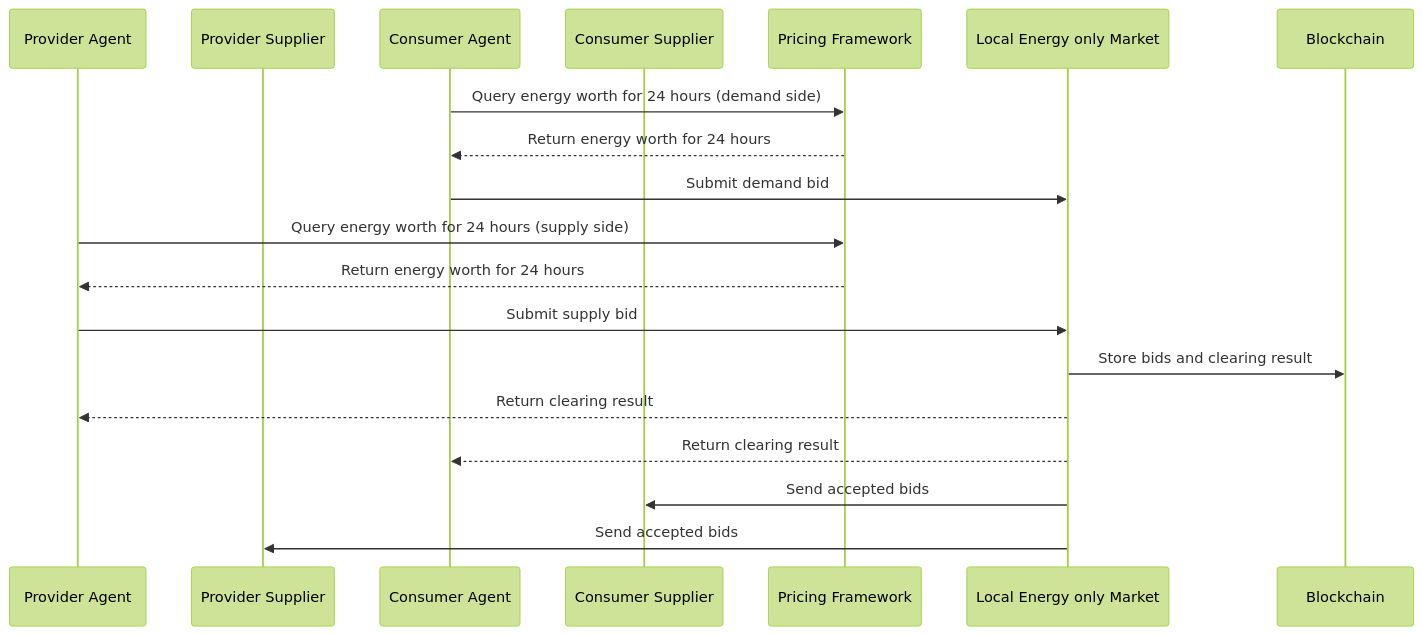
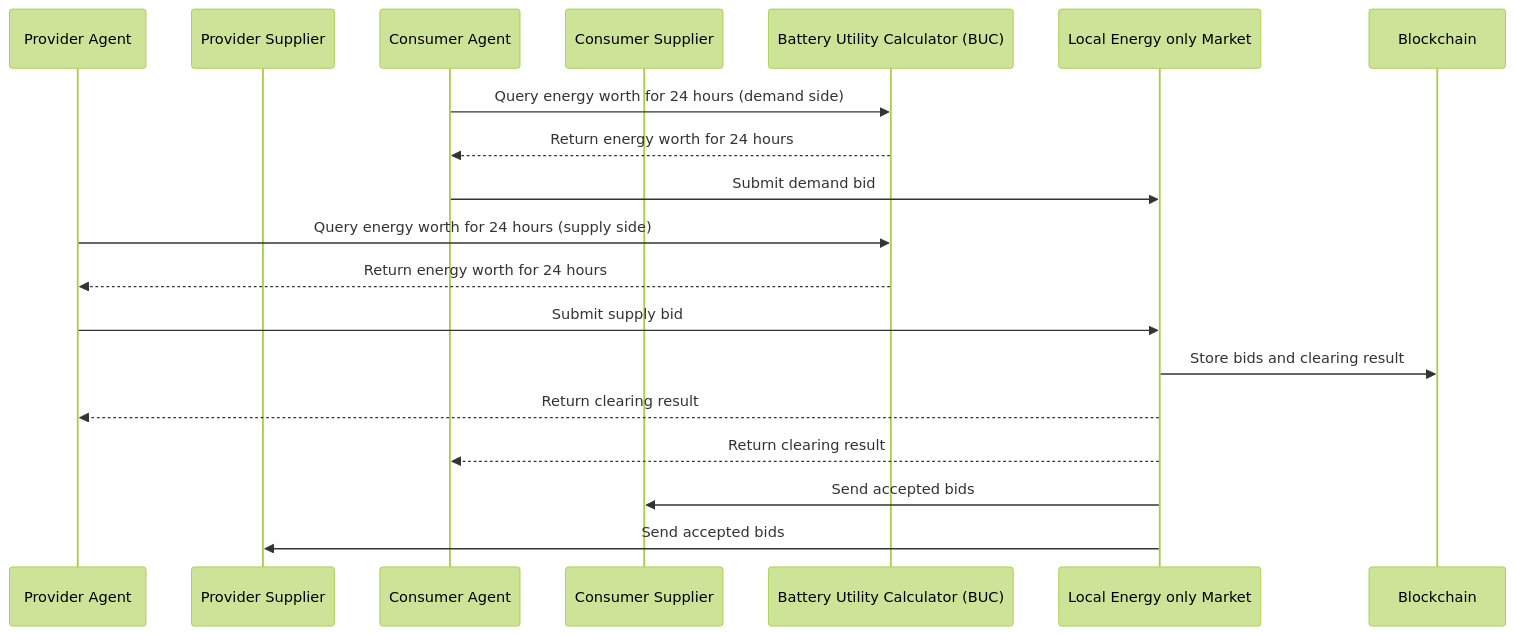
The diagram in seq_diagrams/EOM_schedule.md (MAS4TE/organisation), drawn with Mermaid (forest theme) before and after one commit. The commit also changed other lines of this file and 11 other files, not shown here.

````diff
--- a/seq_diagrams/EOM_schedule.md
+++ b/seq_diagrams/EOM_schedule.md
@@ -3,28 +7,28 @@
 ```mermaid
 sequenceDiagram
     participant ProviderAgent as Provider Agent
     participant ProviderSupplier as Provider Supplier
     participant ConsumerAgent as Consumer Agent
     participant ConsumerSupplier as Consumer Supplier
-    participant PricingFW as Pricing Framework
+    participant BUC as Battery Utility Calculator (BUC)
     participant Market as Local Energy only Market
     participant Blockchain
 
-    ConsumerAgent->>PricingFW: Query energy worth for 24 hours (demand side)
-    PricingFW-->>ConsumerAgent: Return energy worth for 24 hours
+    ConsumerAgent->>BUC: Query energy worth for 24 hours (demand side)
+    BUC-->>ConsumerAgent: Return energy worth for 24 hours
 
 
     ConsumerAgent->>Market: Submit demand bid
 
-    ProviderAgent->>PricingFW: Query energy worth for 24 hours (supply side)
-    PricingFW-->>ProviderAgent: Return energy worth for 24 hours
+    ProviderAgent->>BUC: Query energy worth for 24 hours (supply side)
+    BUC-->>ProviderAgent: Return energy worth for 24 hours
 
     ProviderAgent->>Market: Submit supply bid
 
     Market->>Blockchain: Store bids and clearing result
     Market-->>ProviderAgent: Return clearing result
     Market-->>ConsumerAgent: Return clearing result
 
     Market->>ConsumerSupplier: Send accepted bids
     Market->>ProviderSupplier: Send accepted bids
 ```
````
